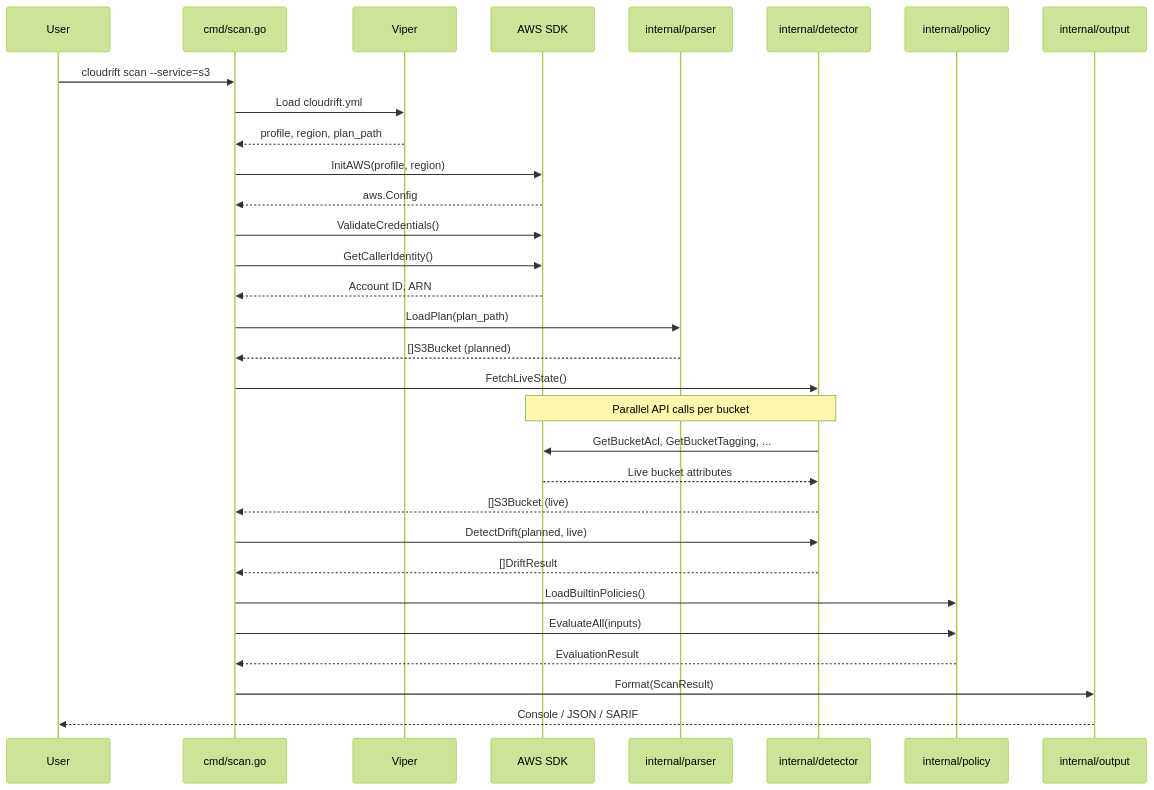
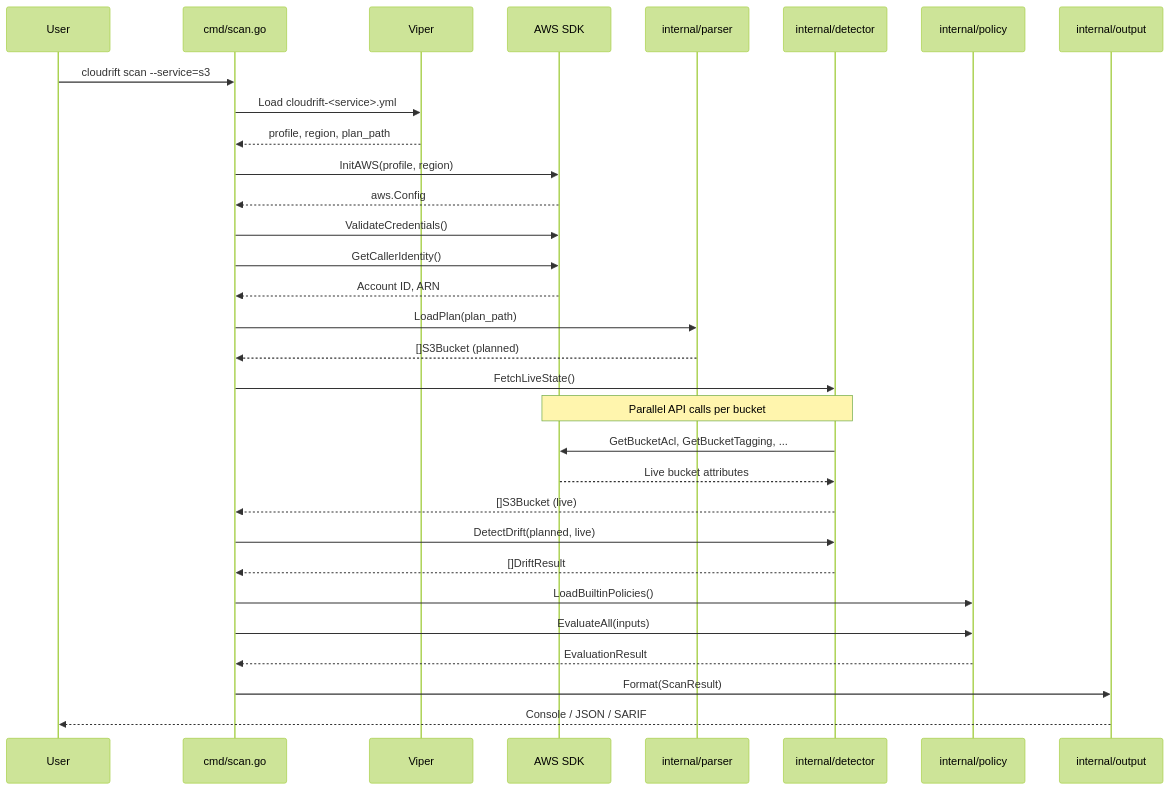
One commit to inayathulla/cloudrift changed the first of 2 diagrams in docs/architecture/data-flow.md. Above: the diagram before and after it, drawn with Mermaid (forest theme). The commit also changed other lines of this file and 13 other files, not shown here.

First line of the commit message:
Rename cloudrift.yml to cloudrift-s3.yml for consistent service naming

````diff
--- a/docs/architecture/data-flow.md
+++ b/docs/architecture/data-flow.md
@@ -7,39 +7,39 @@
 ```mermaid
 sequenceDiagram
     participant User
     participant CLI as cmd/scan.go
     participant Config as Viper
     participant AWS as AWS SDK
     participant Parser as internal/parser
     participant Detector as internal/detector
     participant PolicyEngine as internal/policy
     participant Output as internal/output
 
     User->>CLI: cloudrift scan --service=s3
-    CLI->>Config: Load cloudrift.yml
+    CLI->>Config: Load cloudrift-<service>.yml
     Config-->>CLI: profile, region, plan_path
     CLI->>AWS: InitAWS(profile, region)
     AWS-->>CLI: aws.Config
     CLI->>AWS: ValidateCredentials()
     CLI->>AWS: GetCallerIdentity()
     AWS-->>CLI: Account ID, ARN
 
     CLI->>Parser: LoadPlan(plan_path)
     Parser-->>CLI: []S3Bucket (planned)
 
     CLI->>Detector: FetchLiveState()
     Note over Detector,AWS: Parallel API calls per bucket
     Detector->>AWS: GetBucketAcl, GetBucketTagging, ...
     AWS-->>Detector: Live bucket attributes
     Detector-->>CLI: []S3Bucket (live)
 
     CLI->>Detector: DetectDrift(planned, live)
     Detector-->>CLI: []DriftResult
 
     CLI->>PolicyEngine: LoadBuiltinPolicies()
     CLI->>PolicyEngine: EvaluateAll(inputs)
     PolicyEngine-->>CLI: EvaluationResult
 
     CLI->>Output: Format(ScanResult)
     Output-->>User: Console / JSON / SARIF
 ```
````
